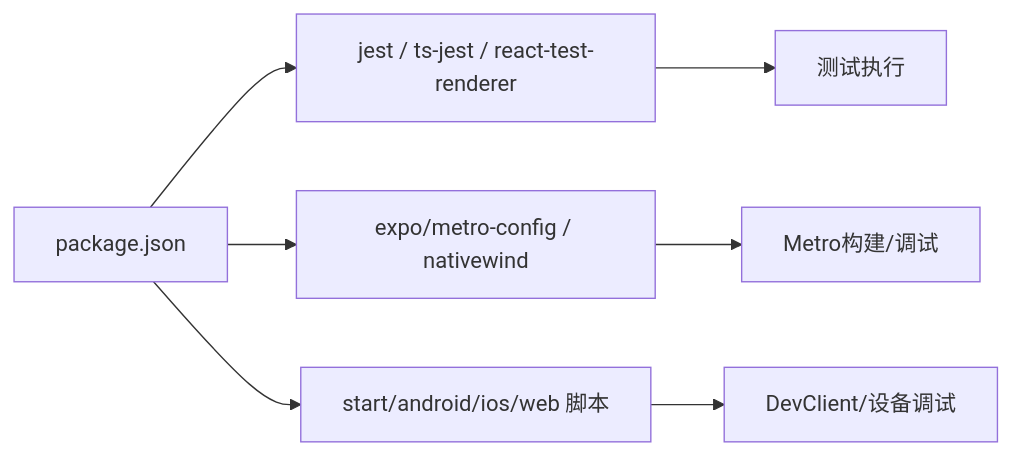
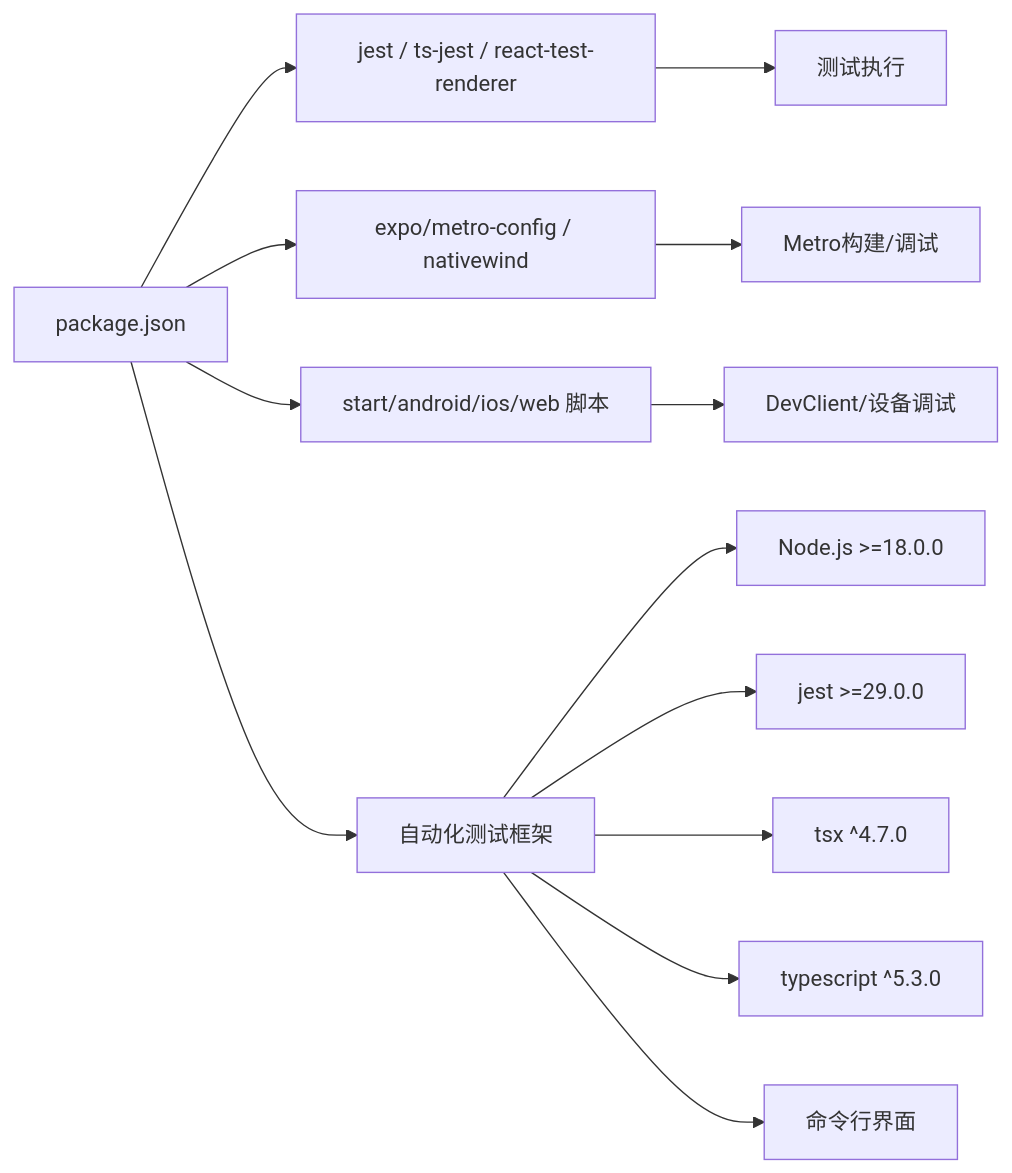
One commit to NarcisWL/Nexara changed the eighth of 8 diagrams in .qoder/repowiki/zh/content/开发指南/调试与测试.md. Above: the diagram before and after it, drawn with Mermaid. The commit also changed other lines of this file and 19 other files, not shown here.

````diff
--- a/.qoder/repowiki/zh/content/开发指南/调试与测试.md
+++ b/.qoder/repowiki/zh/content/开发指南/调试与测试.md
@@ -233,9 +526,15 @@
 ```mermaid
 graph LR
 PKG["package.json"] --> JestDep["jest / ts-jest / react-test-renderer"]
 PKG --> MetroDep["expo/metro-config / nativewind"]
 PKG --> Scripts["start/android/ios/web 脚本"]
+PKG --> AgentTest["自动化测试框架"]
+AgentTest --> Node18["Node.js >=18.0.0"]
+AgentTest --> JestPeer["jest >=29.0.0"]
+AgentTest --> Tsx["tsx ^4.7.0"]
+AgentTest --> Typescript["typescript ^5.3.0"]
 JestDep --> Tests["测试执行"]
 MetroDep --> Metro["Metro构建/调试"]
 Scripts --> DevClient["DevClient/设备调试"]
+AgentTest --> CLI["命令行界面"]
 ```
````
